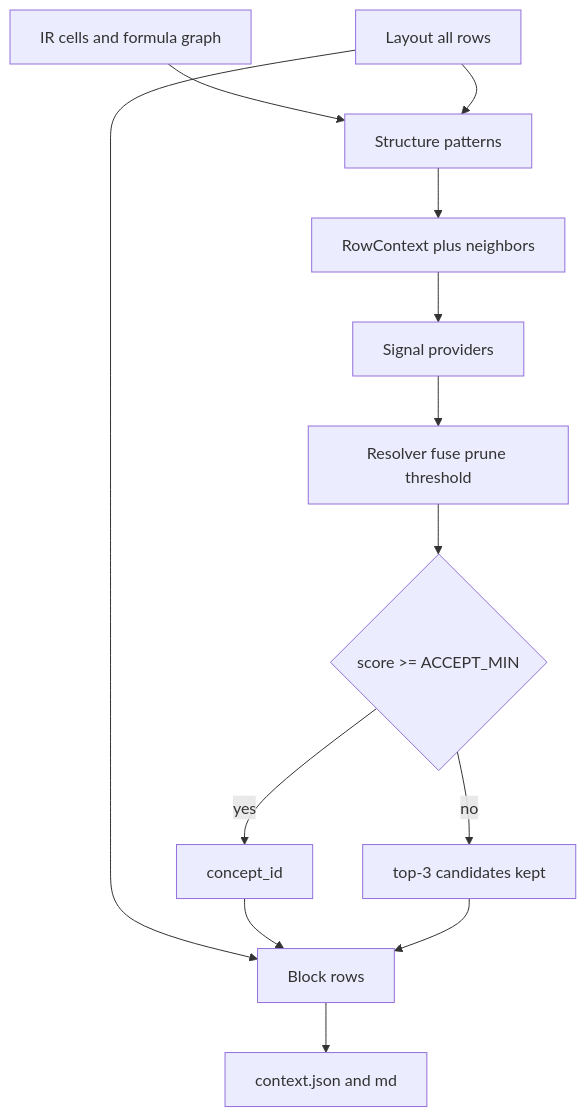
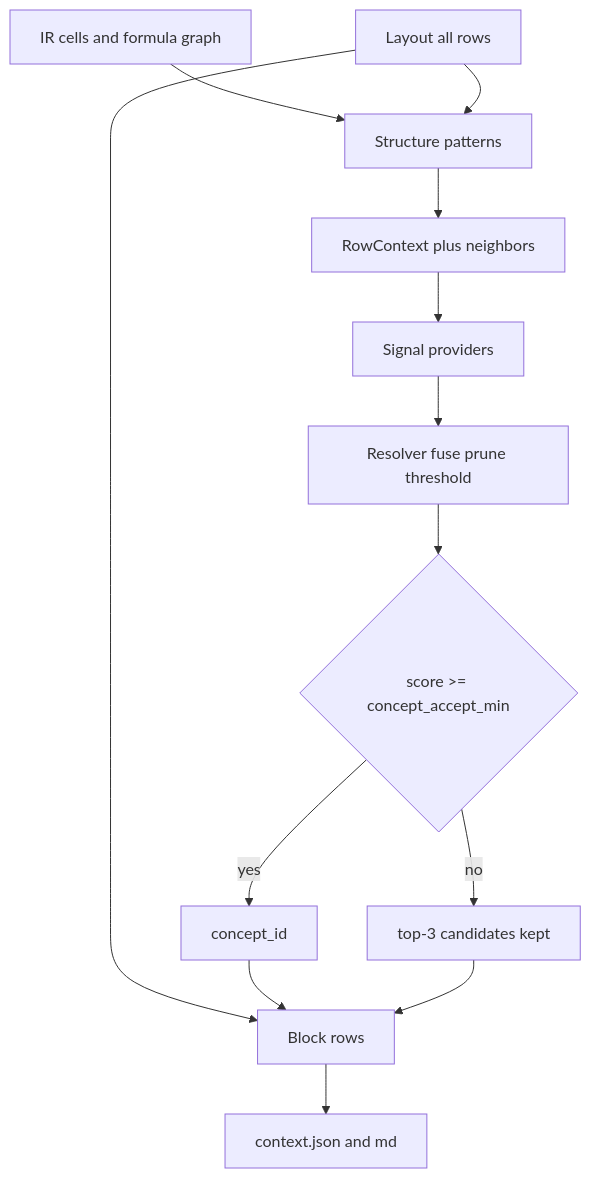
The second of 2 diagrams in docs/en/architecture.md (x0r1x/finance-context-builder), drawn with Mermaid before and after one commit. The commit also changed other lines of this file and 44 other files, not shown here.

````diff
--- a/docs/en/architecture.md
+++ b/docs/en/architecture.md
@@ -59,15 +59,15 @@
 ```mermaid
 flowchart TD
   ir[IR cells and formula graph] --> struct[Structure patterns]
   layout[Layout all rows] --> rows[Block rows]
   layout --> struct
   struct --> ctx[RowContext plus neighbors]
   ctx --> signals[Signal providers]
   signals --> resolver[Resolver fuse prune threshold]
-  resolver --> decide{score >= ACCEPT_MIN}
+  resolver --> decide{score >= concept_accept_min}
   decide -->|yes| mapped[concept_id]
   decide -->|no| cand[top-3 candidates kept]
   mapped --> rows
   cand --> rows
   rows --> json[context.json and md]
 ```
````
